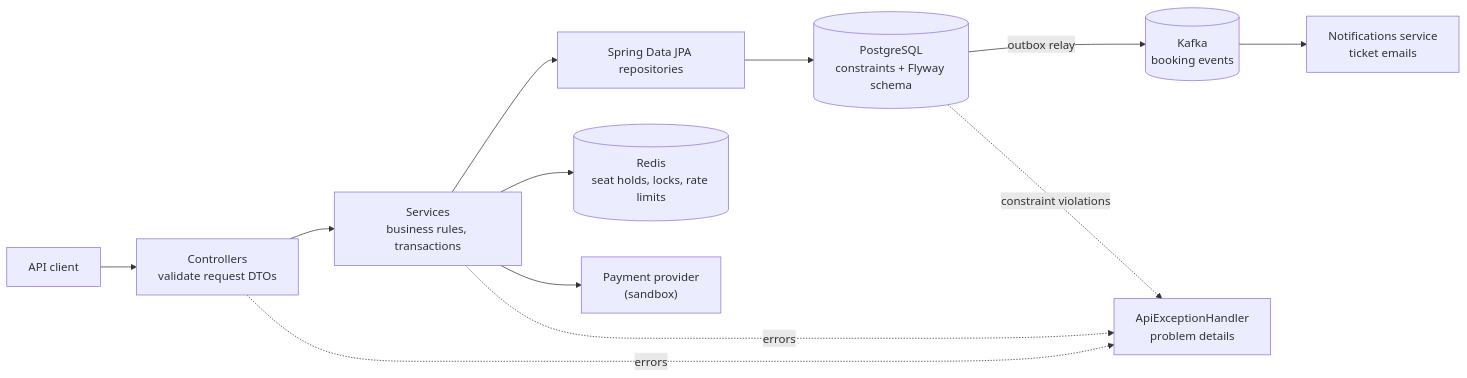
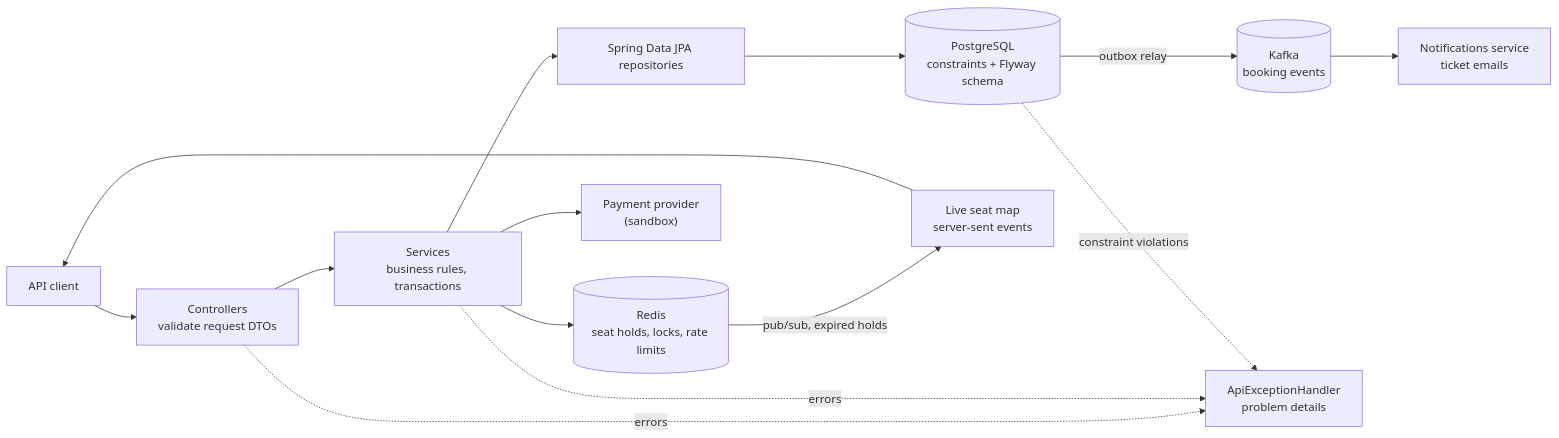
The first of 4 diagrams in backend/README.md (antoniosifov/popcorn-palace), drawn with Mermaid before and after one commit. The commit also changed other lines of this file and 1 other file, not shown here.

First line of the commit message:
docs: live seat map

````diff
--- a/backend/README.md
+++ b/backend/README.md
@@ -27,14 +28,16 @@
 ```mermaid
 flowchart LR
     Client["API client"] --> Controller["Controllers<br/>validate request DTOs"]
     Controller --> Service["Services<br/>business rules, transactions"]
     Service --> Repository["Spring Data JPA repositories"]
     Repository --> Database[("PostgreSQL<br/>constraints + Flyway schema")]
     Service --> Redis[("Redis<br/>seat holds, locks, rate limits")]
     Service --> Provider["Payment provider<br/>(sandbox)"]
     Database -- outbox relay --> Kafka[("Kafka<br/>booking events")]
     Kafka --> Notifications["Notifications service<br/>ticket emails"]
+    Redis -- pub/sub, expired holds --> Stream["Live seat map<br/>server-sent events"]
+    Stream --> Client
     Controller -. errors .-> Handler["ApiExceptionHandler<br/>problem details"]
     Service -. errors .-> Handler
     Database -. constraint violations .-> Handler
 ```
````
